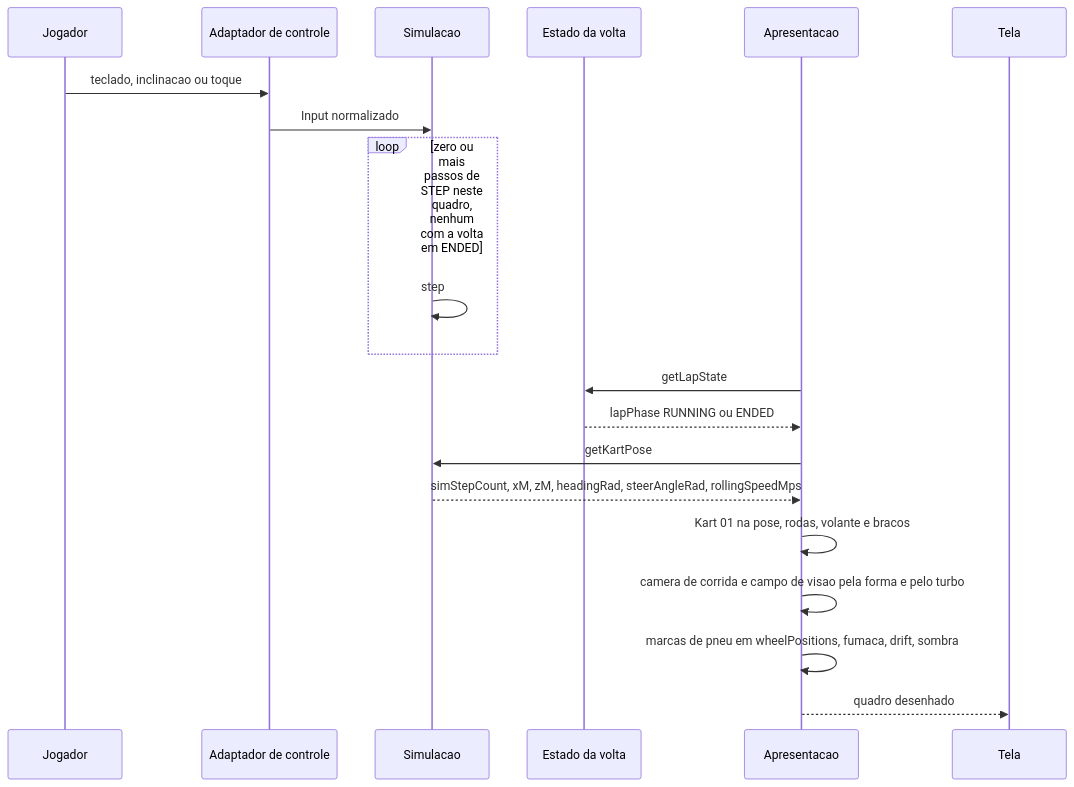
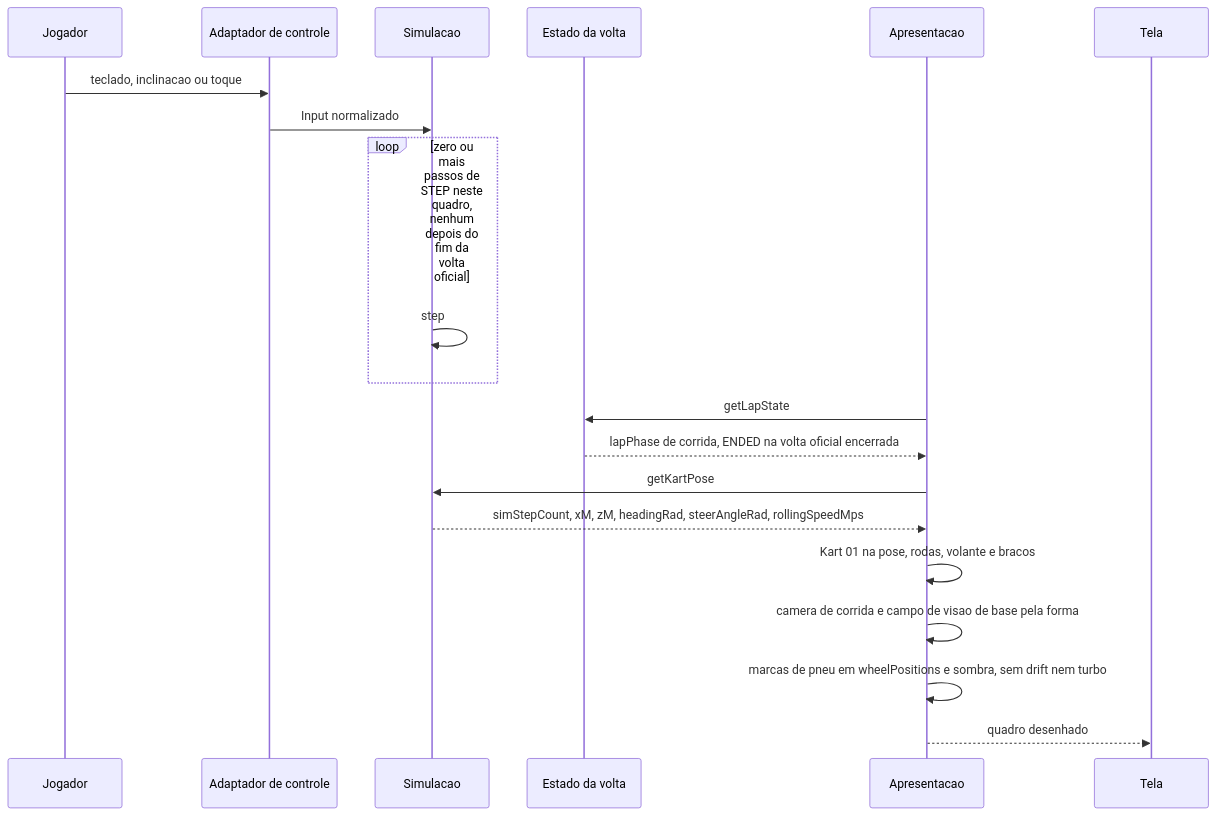
Before and after one commit to edumatosr6-svg/kartle-staging: the diagram in 300 Specs/320 F-Specs/Output/modelo-kart-01/flows/FLOW-0001-quadro-de-exibicao-em-corrida.md, drawn with Mermaid. The commit also changed other lines of this file and 16 other files, not shown here.

Commit message:
modelo-kart-01: F-Spec revalidado (sem congelar no treino, sem efeitos de drift e turbo)

````diff
--- a/300 Specs/320 F-Specs/Output/modelo-kart-01/flows/FLOW-0001-quadro-de-exibicao-em-corrida.md
+++ b/300 Specs/320 F-Specs/Output/modelo-kart-01/flows/FLOW-0001-quadro-de-exibicao-em-corrida.md
@@ -28,22 +30,22 @@
 ```mermaid
 sequenceDiagram
     participant J as Jogador
     participant C as Adaptador de controle
     participant S as Simulacao
     participant V as Estado da volta
     participant A as Apresentacao
     participant T as Tela
     J->>C: teclado, inclinacao ou toque
     C->>S: Input normalizado
-    loop zero ou mais passos de STEP neste quadro, nenhum com a volta em ENDED
+    loop zero ou mais passos de STEP neste quadro, nenhum depois do fim da volta oficial
         S->>S: step
     end
     A->>V: getLapState
-    V-->>A: lapPhase RUNNING ou ENDED
+    V-->>A: lapPhase de corrida, ENDED na volta oficial encerrada
     A->>S: getKartPose
     S-->>A: simStepCount, xM, zM, headingRad, steerAngleRad, rollingSpeedMps
     A->>A: Kart 01 na pose, rodas, volante e bracos
-    A->>A: camera de corrida e campo de visao pela forma e pelo turbo
-    A->>A: marcas de pneu em wheelPositions, fumaca, drift, sombra
+    A->>A: camera de corrida e campo de visao de base pela forma
+    A->>A: marcas de pneu em wheelPositions e sombra, sem drift nem turbo
     A-->>T: quadro desenhado
 ```
````
